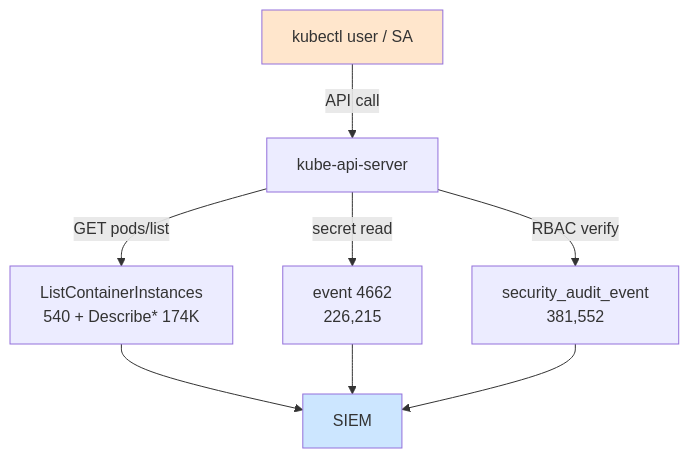
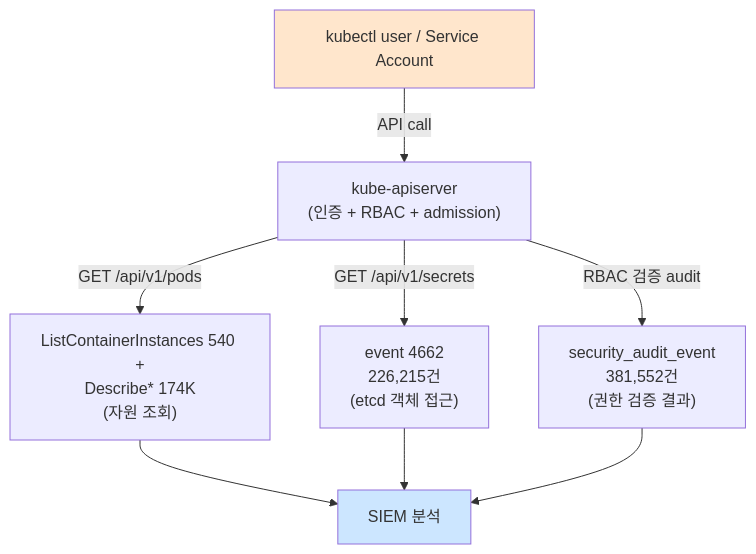
The diagram in contents/education/course6-cloud-container/week11/lecture.md (mrgrit/ccc), drawn with Mermaid before and after one commit. The commit also changed other lines of this file and 12 other files, not shown here.

````diff
--- a/contents/education/course6-cloud-container/week11/lecture.md
+++ b/contents/education/course6-cloud-container/week11/lecture.md
@@ -522,13 +526,13 @@
 ```mermaid
 graph TB
-    USER[kubectl user / SA] -->|API call| API[kube-api-server]
-    API -->|GET pods/list| LIST[ListContainerInstances<br/>540 + Describe* 174K]
-    API -->|secret read| OBJ[event 4662<br/>226,215]
-    API -->|RBAC verify| AUDIT[security_audit_event<br/>381,552]
-    LIST --> SIEM
+    USER["kubectl user / Service Account"] -->|API call| API["kube-apiserver<br/>(인증 + RBAC + admission)"]
+    API -->|GET /api/v1/pods| LIST["ListContainerInstances 540 +<br/>Describe* 174K<br/>(자원 조회)"]
+    API -->|GET /api/v1/secrets| OBJ["event 4662<br/>226,215건<br/>(etcd 객체 접근)"]
+    API -->|RBAC 검증 audit| AUDIT["security_audit_event<br/>381,552건<br/>(권한 검증 결과)"]
+    LIST --> SIEM["SIEM 분석"]
     OBJ --> SIEM
     AUDIT --> SIEM
 
     style USER fill:#ffe6cc
     style SIEM fill:#cce6ff
 ```
````
